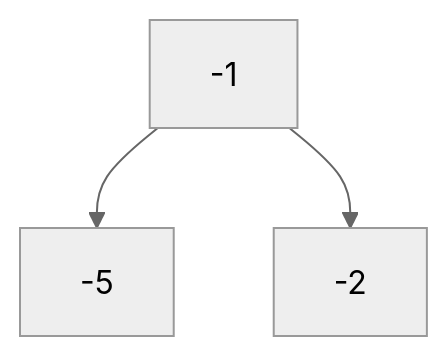
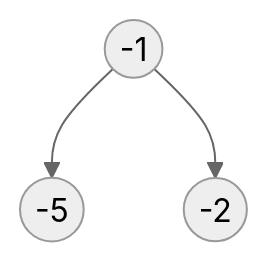
Before and after one commit to 3strategy/BeautifulMivney: the fifth of 28 diagrams in cst/6binnode/Ex6a1binnode.md, drawn with Mermaid (neutral theme). The commit also changed other lines of this file and 3 other files, not shown here.

````diff
--- a/cst/6binnode/Ex6a1binnode.md
+++ b/cst/6binnode/Ex6a1binnode.md
@@ -99,5 +99,5 @@
     ```mermaid
     flowchart TB
-      A[-1] --> B[-5]:::leaf
-      A --> C[-2]:::leaf
+      A(("-1")) --> B(("-5")):::leaf
+      A --> C(("-2")):::leaf
     ```
````
